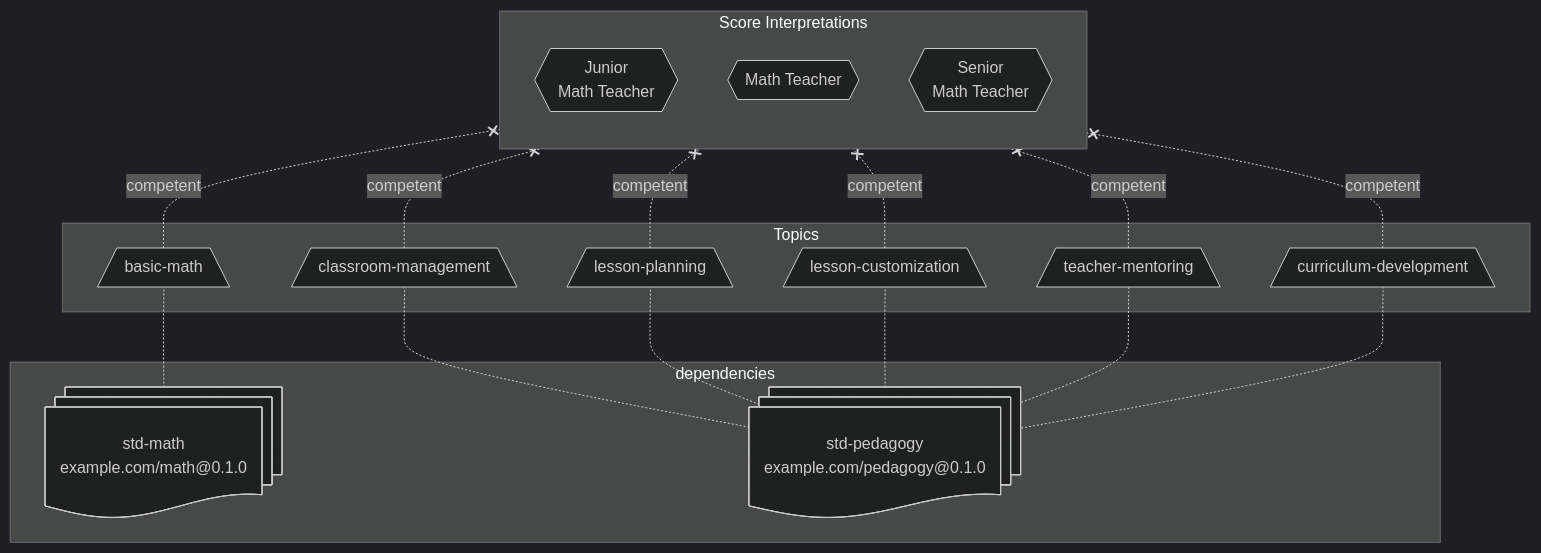
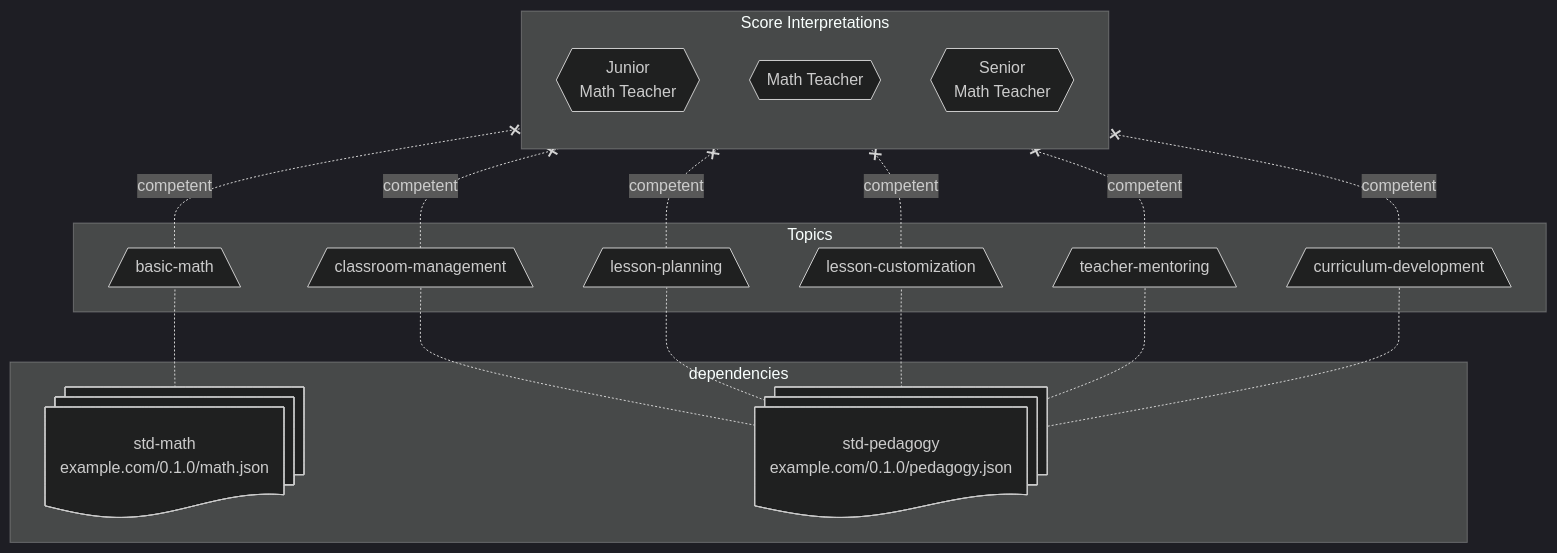
Before and after one commit to openproficiency/model: the third of 5 diagrams in specs/score-interpretation-list.md, drawn with Mermaid (dark theme). The commit also changed other lines of this file and 9 other files, not shown here.

````diff
--- a/specs/score-interpretation-list.md
+++ b/specs/score-interpretation-list.md
@@ -202,37 +202,37 @@
 ```mermaid
   flowchart BT
 
   subgraph Topics
     basic-math[/basic-math\]
     classroom-management[/classroom-management\]
 
     lesson-planning[/lesson-planning\]
     lesson-customization[/lesson-customization\]
 
     teacher-mentoring[/teacher-mentoring\]
     curriculum-development[/curriculum-development\]
   end
 
   subgraph Score Interpretations
     direction BT
     math-teacher-junior{{"Junior<br/>Math Teacher"}}
     math-teacher{{"Math Teacher"}}
     math-teacher-senior{{"Senior<br/>Math Teacher"}}
   end
 
   %% Dependencies
   subgraph dependencies
-    std-math@{ shape: docs, label: "std-math<br/>example.com/math@0.1.0" }
-    std-pedagogy@{ shape: docs, label: "std-pedagogy<br/>example.com/pedagogy@0.1.0" }
+    std-math@{ shape: docs, label: "std-math<br/>example.com/0.1.0/math.json" }
+    std-pedagogy@{ shape: docs, label: "std-pedagogy<br/>example.com/0.1.0/pedagogy.json" }
   end
 
   %% Mapping
   std-math -.- basic-math -.competent.-x math-teacher-junior
   std-pedagogy -.- classroom-management -.competent.-x math-teacher-junior
 
   std-pedagogy -.- lesson-planning -.competent.-x math-teacher
   std-pedagogy -.- lesson-customization -.competent.-x math-teacher
 
   std-pedagogy -.- teacher-mentoring -.competent.-x math-teacher-senior
   std-pedagogy -.- curriculum-development -.competent.-x math-teacher-senior
 ```
````
